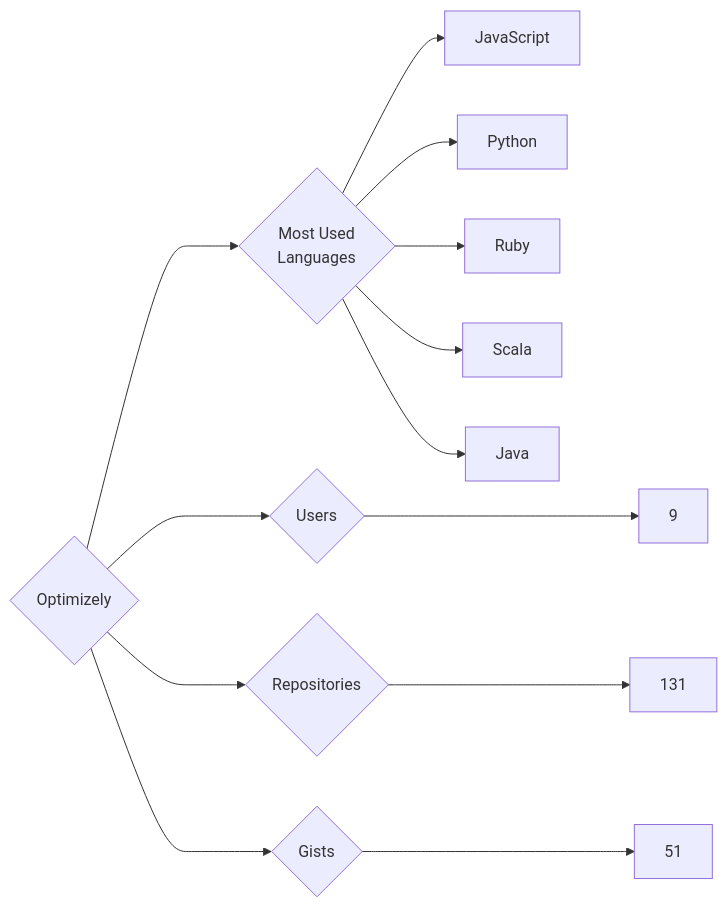
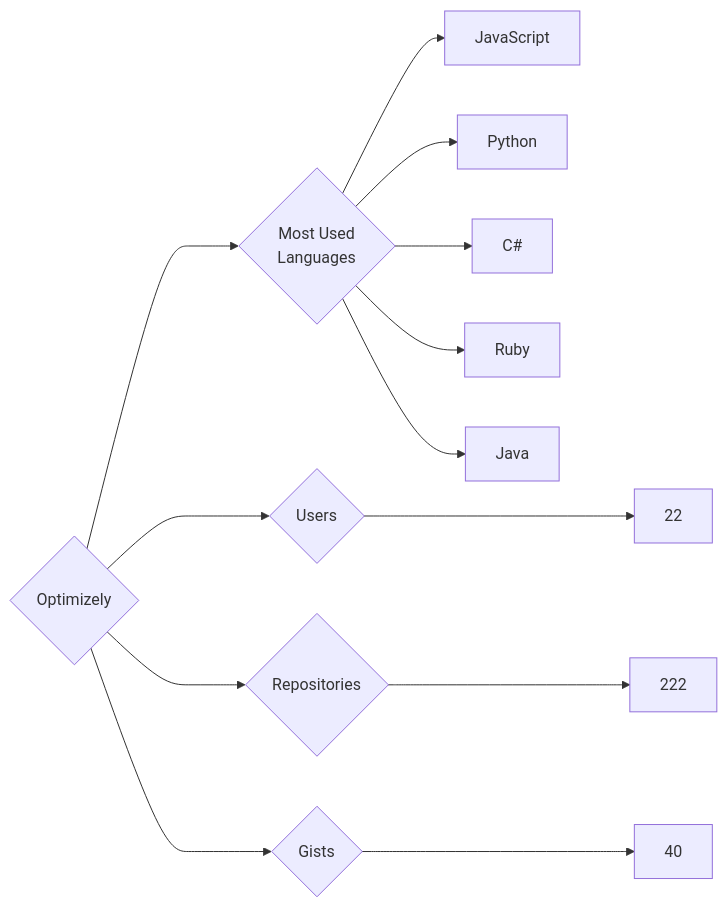
One commit to trickest/insiders changed the diagram in targets/Optimizely/README.md. Above: the diagram before and after it, drawn with Mermaid. The commit also changed 886 other files, not shown here.

````diff
--- a/targets/Optimizely/README.md
+++ b/targets/Optimizely/README.md
@@ -3,13 +3,13 @@
 ```mermaid
 graph LR
 COMPANY_NAME{Optimizely}
-COMPANY_NAME ---> U{Users} ---> UN[9]
-COMPANY_NAME ---> R{Repositories} ---> RN[131]
-COMPANY_NAME ---> G{Gists} ---> GN[51]
+COMPANY_NAME ---> U{Users} ---> UN[22]
+COMPANY_NAME ---> R{Repositories} ---> RN[222]
+COMPANY_NAME ---> G{Gists} ---> GN[40]
 COMPANY_NAME ---> ML{Most Used<br>Languages}
 ML --> JavaScript[JavaScript]
 ML --> Python[Python]
+ML --> C#[C#]
 ML --> Ruby[Ruby]
-ML --> Scala[Scala]
 ML --> Java[Java]
 ```
````
